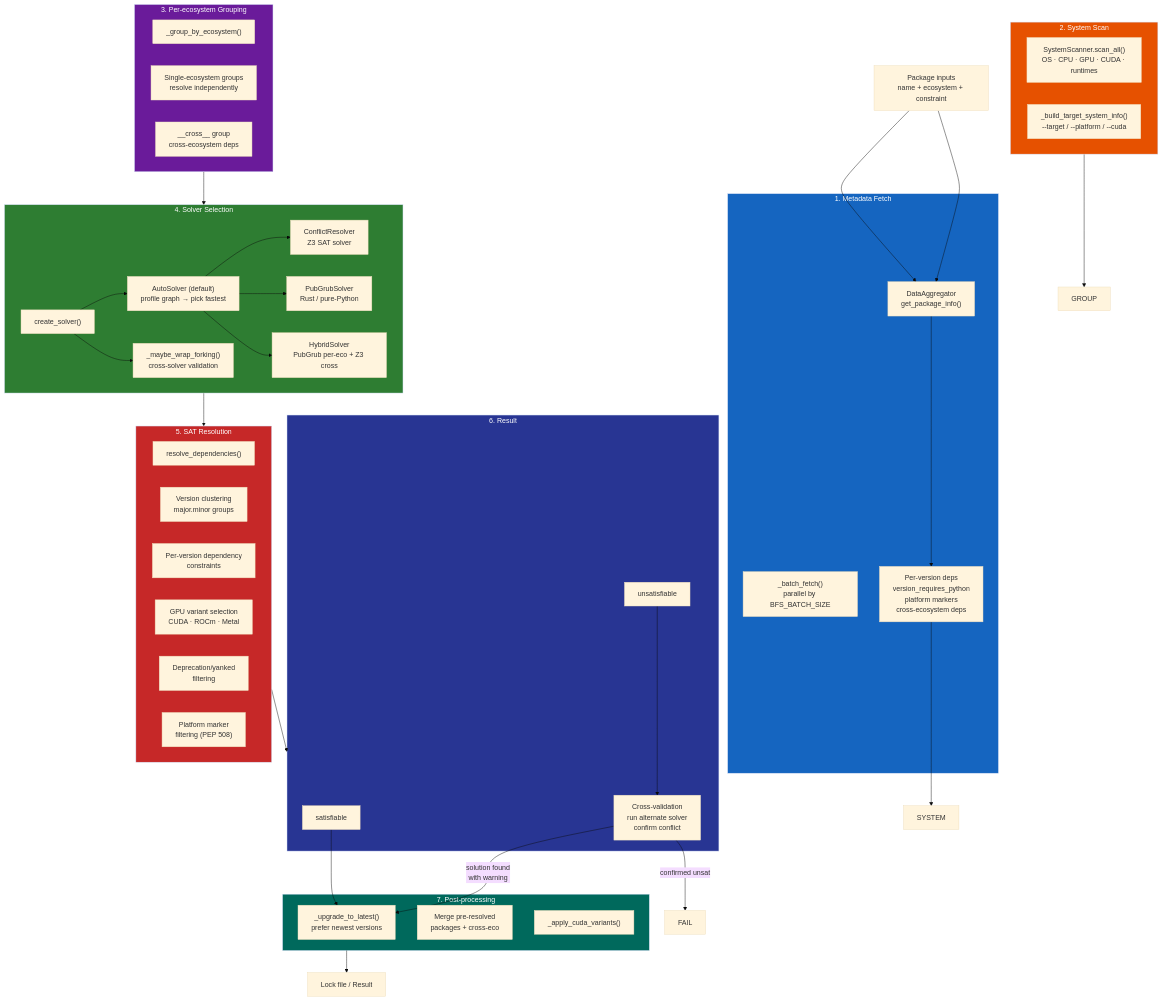
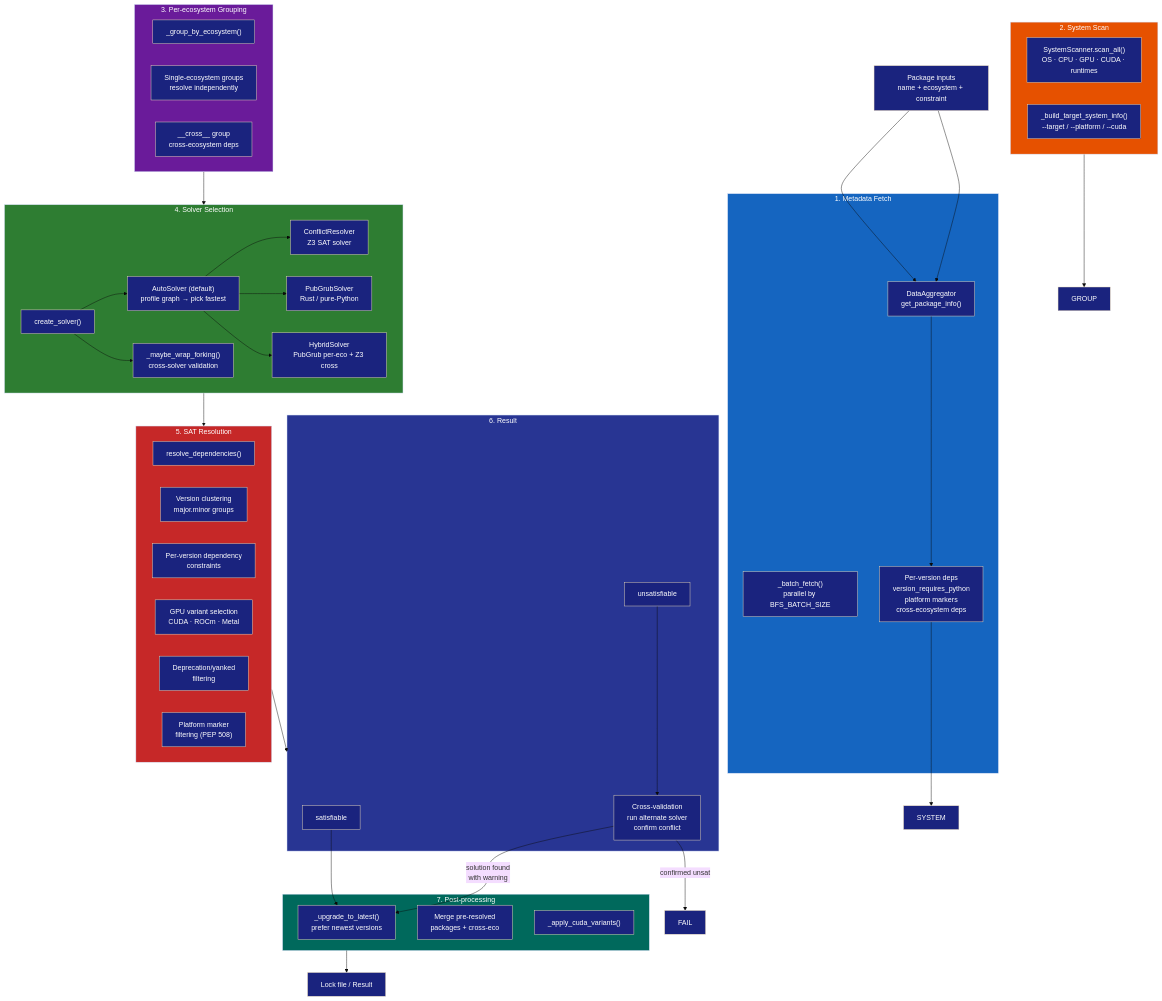
Before and after one commit to code-with-zeeshan/universal-dependency-resolver: the second of 3 diagrams in docs/ARCHITECTURE.md, drawn with Mermaid (base theme). The commit also changed other lines of this file and 9 other files, not shown here.

First line of the commit message:
docs: fix mermaid lightbox sizing, white box labels, dedupe header badges

````diff
--- a/docs/ARCHITECTURE.md
+++ b/docs/ARCHITECTURE.md
@@ -189,4 +192,7 @@
     style SOLVE fill:#c62828,color:#fff
     style OUTCOME fill:#283593,color:#fff
     style POST fill:#00695c,color:#fff
+
+    classDef box fill:#1a237e,color:#fff
+    class INPUT,AGG,BATCH,DEPS,SYNC,TARGET,GRP,ECO,CROSS,CS,AUTO,Z3P,PGP,HYBRID,WRAP,SC,VC,PV,CUDA,DEP,MARKER,SAT,UNSAT,CV,UPGRADE,MERGE,CVD,LOCK,SYSTEM,GROUP,FAIL box
 ```
````
